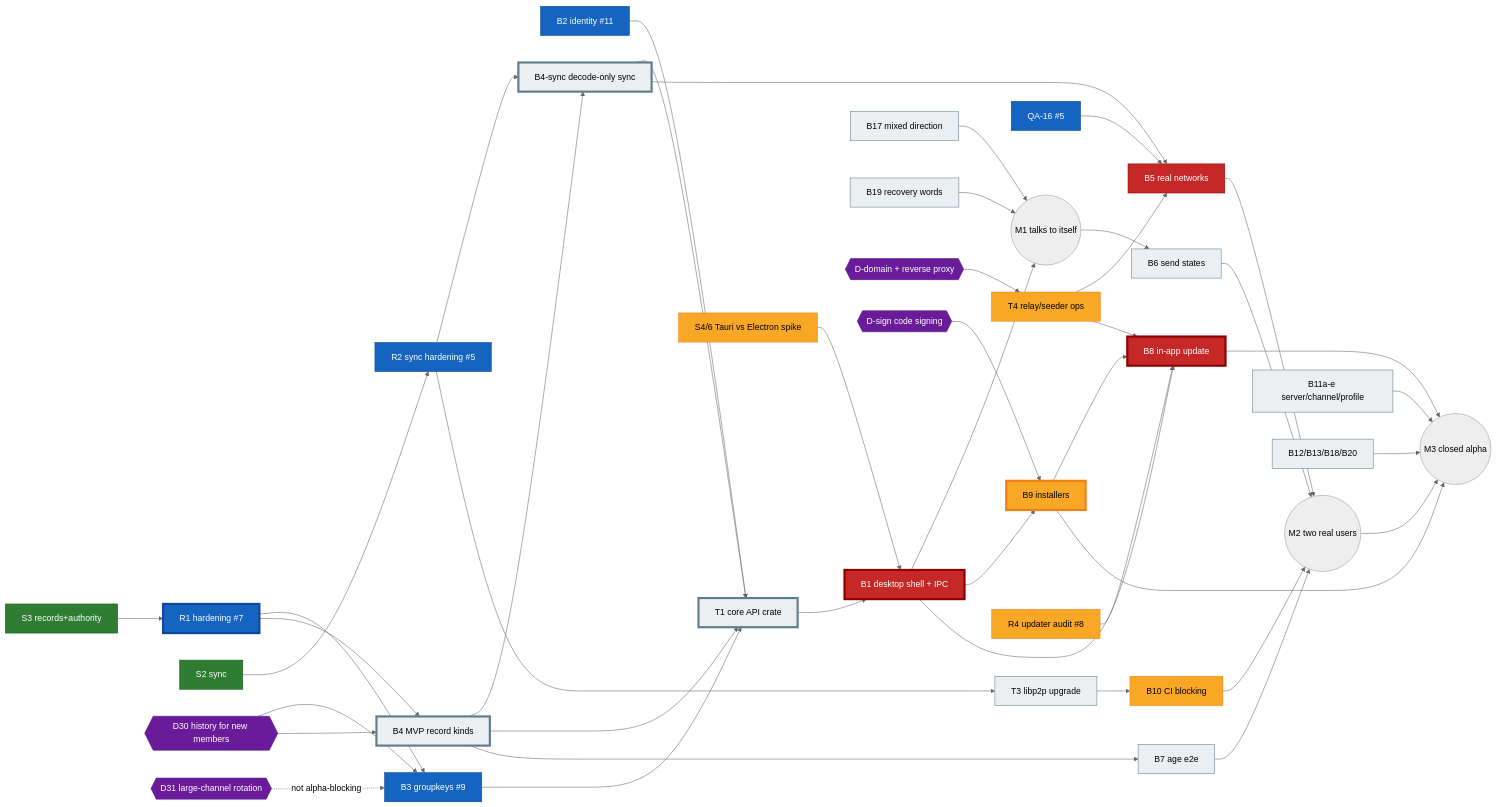
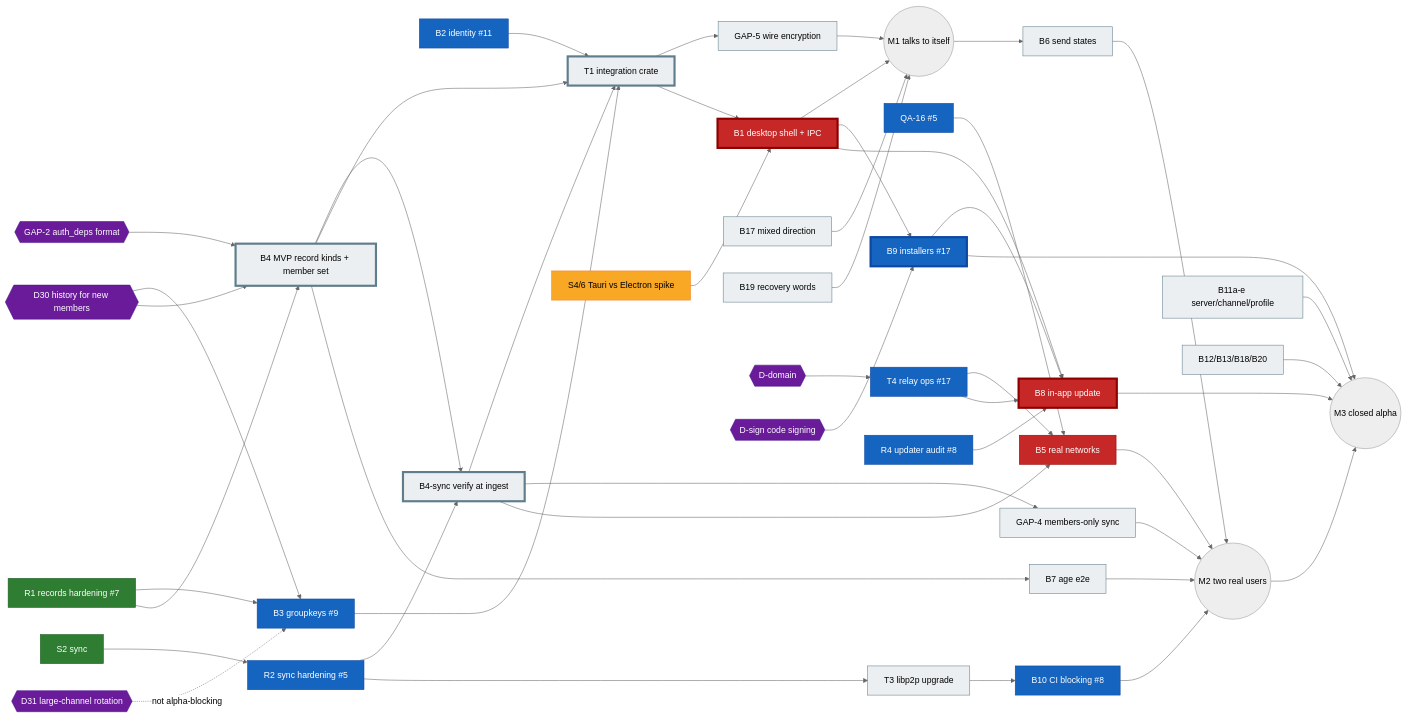
One commit to moranmoa/MVP changed the diagram in docs/BOARD.md. Above: the diagram before and after it, drawn with Mermaid (neutral theme). The commit also changed other lines of this file and 1 other file, not shown here.

````diff
--- a/docs/BOARD.md
+++ b/docs/BOARD.md
@@ -138,56 +145,60 @@
 ```mermaid
 graph LR
   classDef done fill:#2e7d32,color:#fff,stroke:#1b5e20
   classDef review fill:#1565c0,color:#fff,stroke:#0d47a1
   classDef prog fill:#f9a825,color:#000,stroke:#f57f17
   classDef blocked fill:#c62828,color:#fff,stroke:#8e0000
   classDef todo fill:#eceff1,color:#000,stroke:#607d8b
   classDef decision fill:#6a1b9a,color:#fff,stroke:#4a148c
   classDef crit stroke-width:4px
 
-  S3[S3 records+authority]:::done --> R1[R1 hardening #7]:::review
+  R1[R1 records hardening #7]:::done
   S2[S2 sync]:::done --> R2[R2 sync hardening #5]:::review
   B2[B2 identity #11]:::review
   R1 --> B3[B3 groupkeys #9]:::review
   D30{{D30 history for new members}}:::decision --> B3
   D30 --> B4
   D31{{D31 large-channel rotation}}:::decision -. not alpha-blocking .-> B3
-  R1 --> B4[B4 MVP record kinds]:::todo
-  R2 --> B4S[B4-sync decode-only sync]:::todo
+  GAP2{{GAP-2 auth_deps format}}:::decision --> B4
+  R1 --> B4[B4 MVP record kinds + member set]:::todo
+  R2 --> B4S[B4-sync verify at ingest]:::todo
   B4 --> B4S
-  B2 --> T1[T1 core API crate]:::todo
+  B2 --> T1[T1 integration crate]:::todo
   B3 --> T1
   B4 --> T1
   B4S --> T1
+  T1 --> G5[GAP-5 wire encryption]:::todo
   S46[S4/6 Tauri vs Electron spike]:::prog --> B1[B1 desktop shell + IPC]:::blocked
   T1 --> B1
-  B1 --> M1((M1 talks to itself))
+  G5 --> M1((M1 talks to itself))
+  B1 --> M1
   B17[B17 mixed direction]:::todo --> M1
   B19[B19 recovery words]:::todo --> M1
 
   QA16[QA-16 #5]:::review --> B5
-  DD{{D-domain + reverse proxy}}:::decision --> T4[T4 relay/seeder ops]:::prog
+  DD{{D-domain}}:::decision --> T4[T4 relay ops #17]:::review
   T4 --> B5[B5 real networks]:::blocked
+  B4S --> G4[GAP-4 members-only sync]:::todo --> M2
   B4S --> B5
   M1 --> B6[B6 send states]:::todo
   B4 --> B7[B7 age e2e]:::todo
   B5 --> M2((M2 two real users))
   B6 --> M2
   B7 --> M2
-  R2 --> T3[T3 libp2p upgrade]:::todo --> B10[B10 CI blocking]:::prog
+  R2 --> T3[T3 libp2p upgrade]:::todo --> B10[B10 CI blocking #8]:::review
   B10 --> M2
 
-  B1 --> B9[B9 installers]:::prog
+  B1 --> B9[B9 installers #17]:::review
   DS{{D-sign code signing}}:::decision --> B9
-  R4[R4 updater audit #8]:::prog --> B8[B8 in-app update]:::blocked
+  R4[R4 updater audit #8]:::review --> B8[B8 in-app update]:::blocked
   B1 --> B8
   B9 --> B8
   T4 --> B8
   M2 --> M3((M3 closed alpha))
   B8 --> M3
   B9 --> M3
   B11[B11a-e server/channel/profile]:::todo --> M3
   B12[B12/B13/B18/B20]:::todo --> M3
 
-  class R1,B4,B4S,T1,B1,B9,B8 crit
+  class B4,B4S,T1,B1,B9,B8 crit
 ```
````
